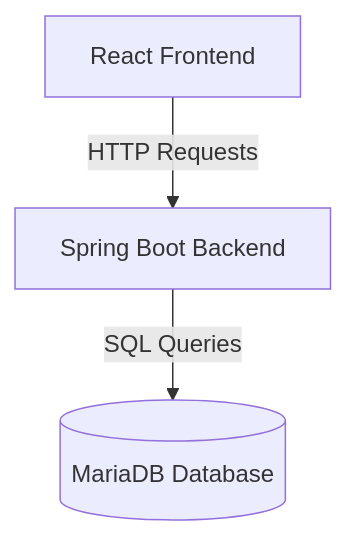
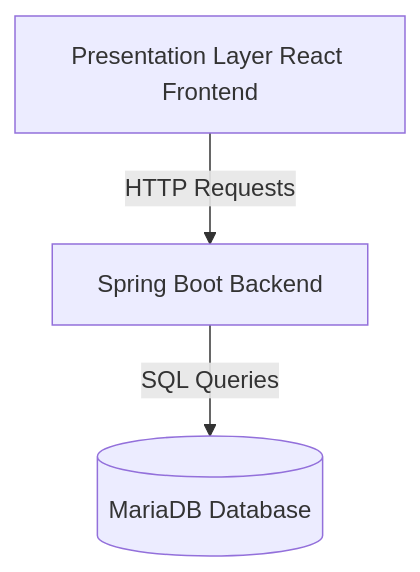
The diagram in diagram/test.md (SamuliLam/BookstoreFront), drawn with Mermaid before and after one commit.

````diff
--- a/diagram/test.md
+++ b/diagram/test.md
@@ -1,5 +1,5 @@
 ```mermaid
 graph TD
-    Frontend[React Frontend] -->|HTTP Requests| Backend[Spring Boot Backend]
+    Frontend[Presentation Layer React Frontend] -->|HTTP Requests| Backend[Spring Boot Backend]
     Backend -->|SQL Queries| Database[(MariaDB Database)]
 ```
````
